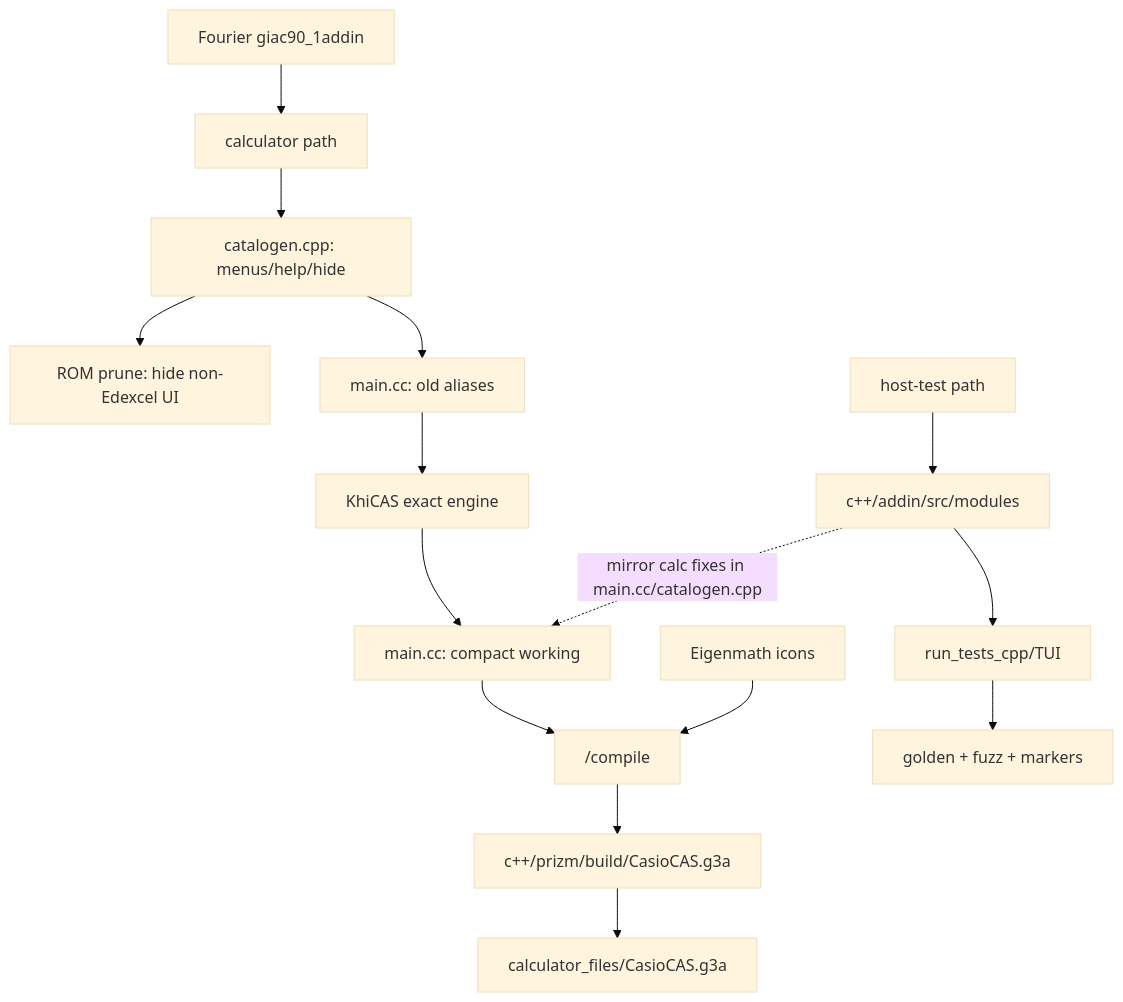
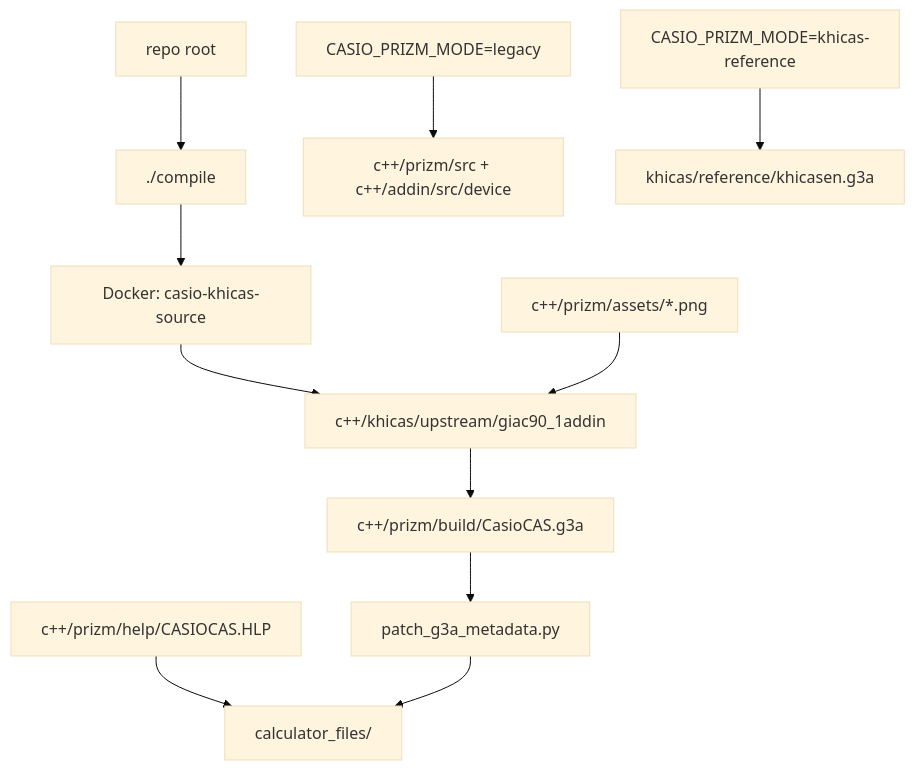
One commit to james8464/notes-addin-casio-fx-cg50 changed the first of 8 diagrams in c++/GRAPH.md. Above: the diagram before and after it, drawn with Mermaid (base theme). The commit also changed other lines of this file, not shown here.

Commit message:
Rebuild compact project graph

````diff
--- a/c++/GRAPH.md
+++ b/c++/GRAPH.md
@@ -3,18 +8,14 @@
 ```mermaid
 graph TD
-  Src["Fourier giac90_1addin"] --> Calc["calculator path"]
-  Calc --> Cat["catalogen.cpp: menus/help/hide"]
-  Cat --> Prune["ROM prune: hide non-Edexcel UI"]
-  Cat --> Alias["main.cc: old aliases"]
-  Alias --> Giac["KhiCAS exact engine"]
-  Giac --> Work["main.cc: compact working"]
-  Work --> Build["/compile"]
-  Build --> G3A["c++/prizm/build/CasioCAS.g3a"]
-  G3A --> Transfer["calculator_files/CasioCAS.g3a"]
-  Icons["Eigenmath icons"] --> Build
+  Root["repo root"] --> Compile["./compile"]
+  Compile --> Docker["Docker: casio-khicas-source"]
+  Docker --> Src["c++/khicas/upstream/giac90_1addin"]
+  Src --> G3A["c++/prizm/build/CasioCAS.g3a"]
+  Assets["c++/prizm/assets/*.png"] --> Src
+  HLP["c++/prizm/help/CASIOCAS.HLP"] --> Transfer
+  G3A --> Patch["patch_g3a_metadata.py"]
+  Patch --> Transfer["calculator_files/"]
 
-  Host["host-test path"] --> Mods["c++/addin/src/modules"]
-  Mods --> TUI["run_tests_cpp/TUI"]
-  TUI --> Gates["golden + fuzz + markers"]
-  Mods -. "mirror calc fixes in main.cc/catalogen.cpp" .-> Work
+  Legacy["CASIO_PRIZM_MODE=legacy"] --> Prizm["c++/prizm/src + c++/addin/src/device"]
+  Ref["CASIO_PRIZM_MODE=khicas-reference"] --> UpG3A["khicas/reference/khicasen.g3a"]
 ```
````
